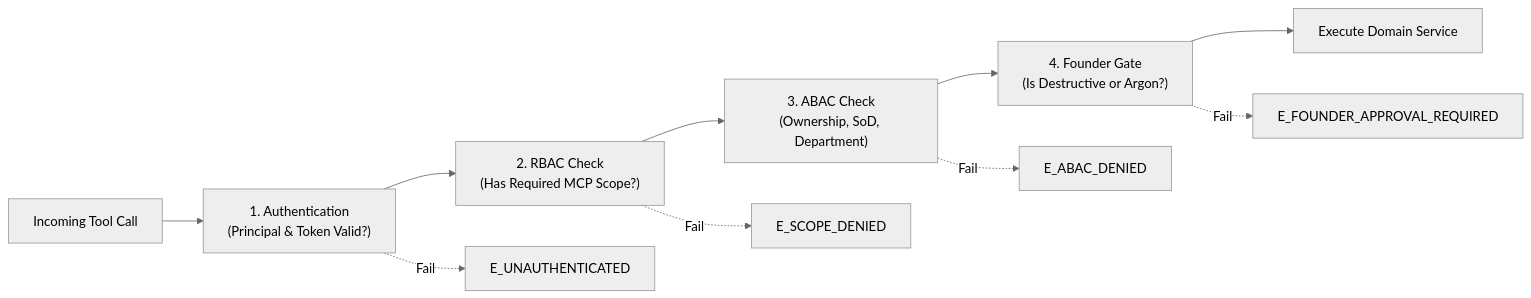
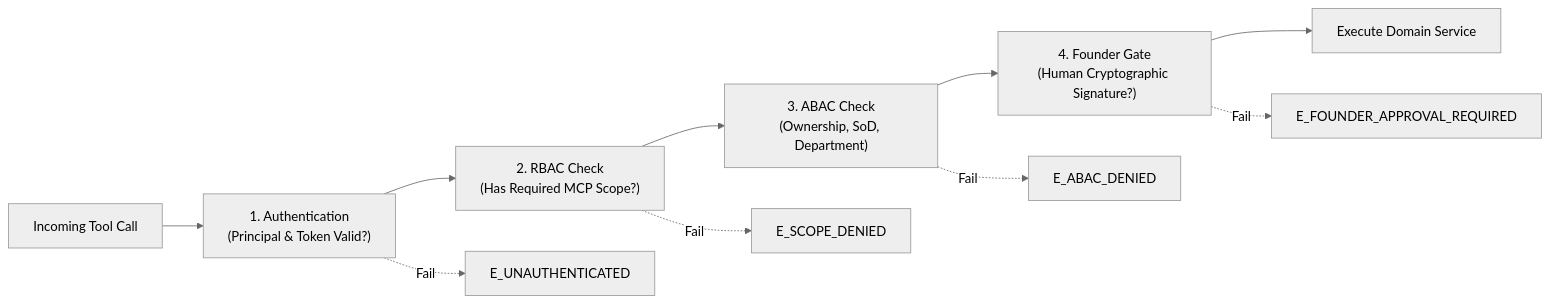
Before and after one commit to kietpro352010/AICO: the diagram in docs/blueprint/v3/04_MCP_API_AND_EVENT_CONTRACTS.md, drawn with Mermaid (neutral theme). The commit also changed other lines of this file and 11 other files, not shown here.

````diff
--- a/docs/blueprint/v3/04_MCP_API_AND_EVENT_CONTRACTS.md
+++ b/docs/blueprint/v3/04_MCP_API_AND_EVENT_CONTRACTS.md
@@ -112,13 +79,13 @@
 ```mermaid
 flowchart LR
     Request["Incoming Tool Call"] --> Auth["1. Authentication\n(Principal & Token Valid?)"]
     Auth --> RBAC["2. RBAC Check\n(Has Required MCP Scope?)"]
     RBAC --> ABAC["3. ABAC Check\n(Ownership, SoD, Department)"]
-    ABAC --> Gate["4. Founder Gate\n(Is Destructive or Argon?)"]
+    ABAC --> Gate["4. Founder Gate\n(Human Cryptographic Signature?)"]
     Gate --> Execution["Execute Domain Service"]
 
     Auth -. Fail .-> E401["E_UNAUTHENTICATED"]
     RBAC -. Fail .-> E403["E_SCOPE_DENIED"]
     ABAC -. Fail .-> E403B["E_ABAC_DENIED"]
     Gate -. Fail .-> E403C["E_FOUNDER_APPROVAL_REQUIRED"]
 ```
````
